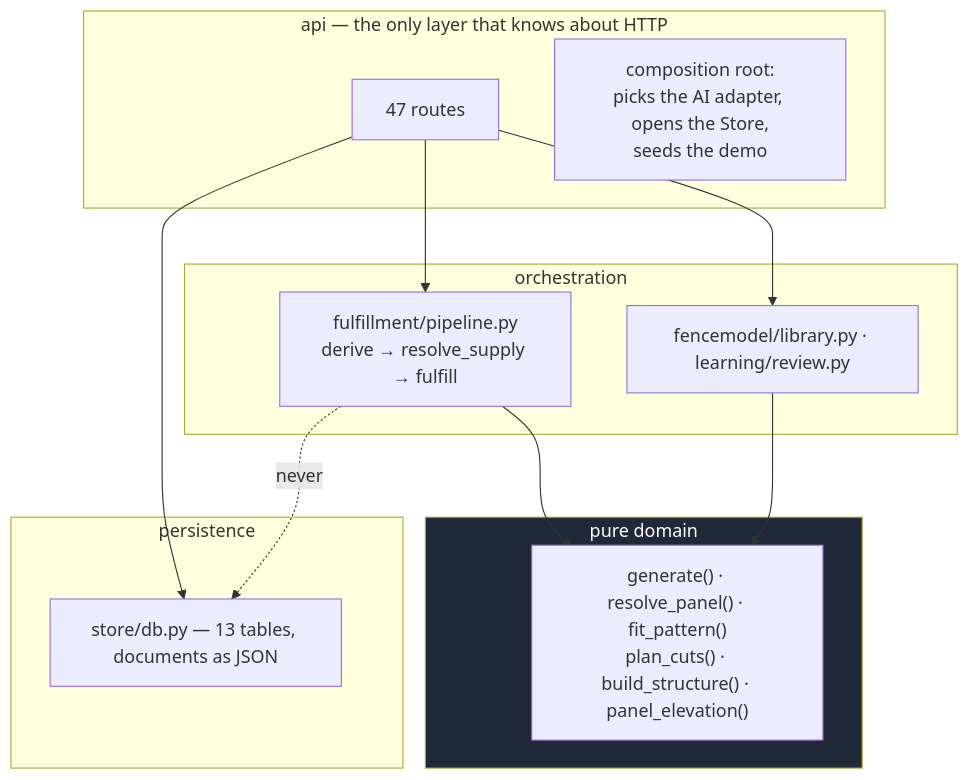
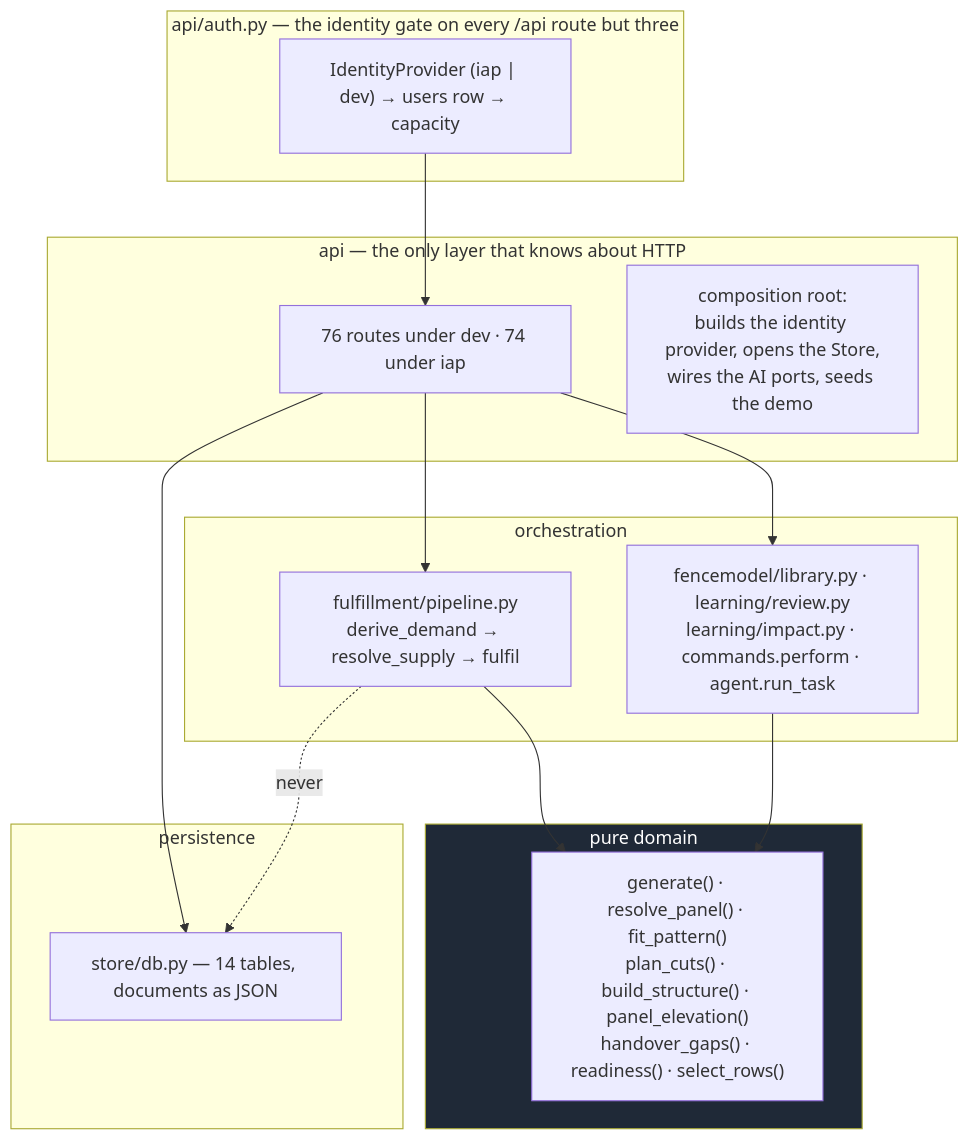
One commit to spicysauce1955-stack/BOM changed the diagram in docs/architecture/04-backend.md. Above: the diagram before and after it, drawn with Mermaid. The commit also changed other lines of this file and 14 other files, not shown here.

````diff
--- a/docs/architecture/04-backend.md
+++ b/docs/architecture/04-backend.md
@@ -11,26 +16,30 @@
 ```mermaid
 flowchart TB
+    subgraph L0["api/auth.py — the identity gate on every /api route but three"]
+        GT["IdentityProvider (iap | dev) → users row → capacity"]
+    end
     subgraph L1["api — the only layer that knows about HTTP"]
-        R["47 routes"]
-        CR["composition root:<br/>picks the AI adapter, opens the Store,<br/>seeds the demo"]
+        R["76 routes under dev · 74 under iap"]
+        CR["composition root:<br/>builds the identity provider, opens the Store,<br/>wires the AI ports, seeds the demo"]
     end
     subgraph L2["orchestration"]
-        PI["fulfillment/pipeline.py<br/>derive → resolve_supply → fulfill"]
-        LI["fencemodel/library.py · learning/review.py"]
+        PI["fulfillment/pipeline.py<br/>derive_demand → resolve_supply → fulfil"]
+        LI["fencemodel/library.py · learning/review.py<br/>learning/impact.py · commands.perform · agent.run_task"]
     end
     subgraph L3["pure domain"]
-        PD["generate() · resolve_panel() · fit_pattern()<br/>plan_cuts() · build_structure() · panel_elevation()"]
+        PD["generate() · resolve_panel() · fit_pattern()<br/>plan_cuts() · build_structure() · panel_elevation()<br/>handover_gaps() · readiness() · select_rows()"]
     end
     subgraph L4["persistence"]
-        ST["store/db.py — 13 tables, documents as JSON"]
+        ST["store/db.py — 14 tables, documents as JSON"]
     end
 
+    GT --> R
     R --> PI
     R --> LI
     PI --> PD
     LI --> PD
     R --> ST
     PI -.->|"never"| ST
 
     style L3 fill:#1f2937,color:#fff
 ```
````
